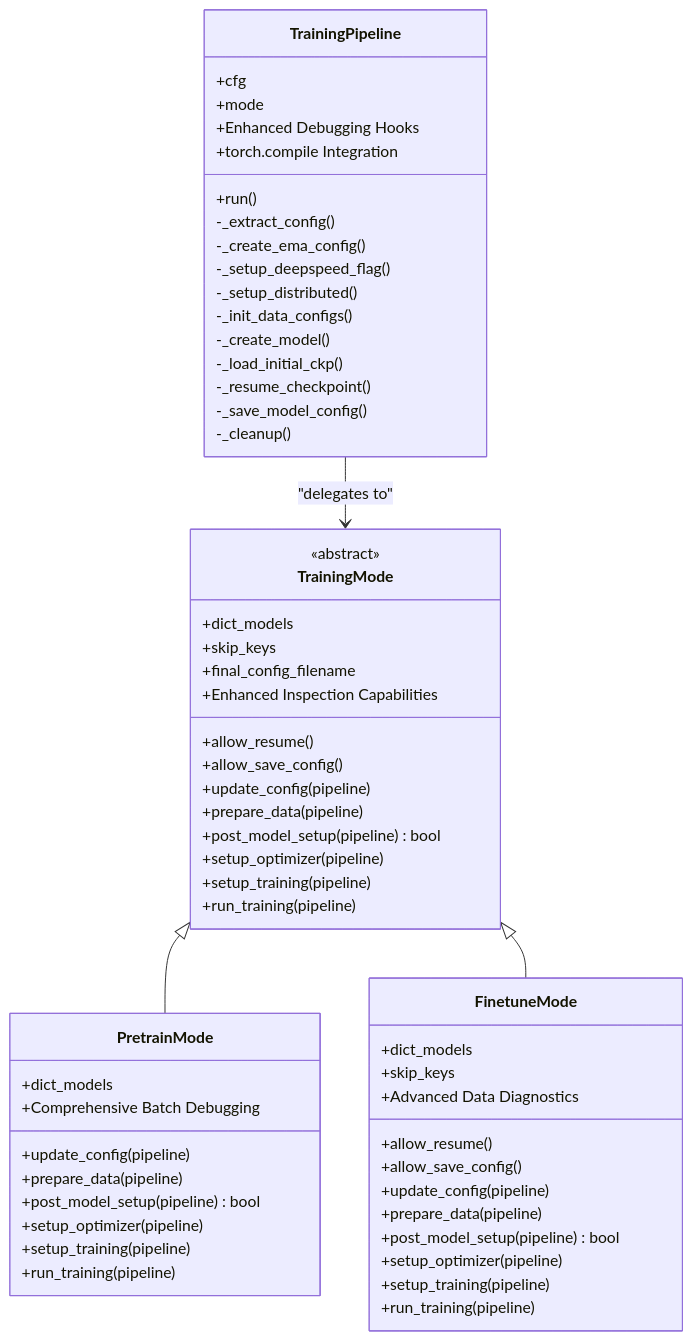
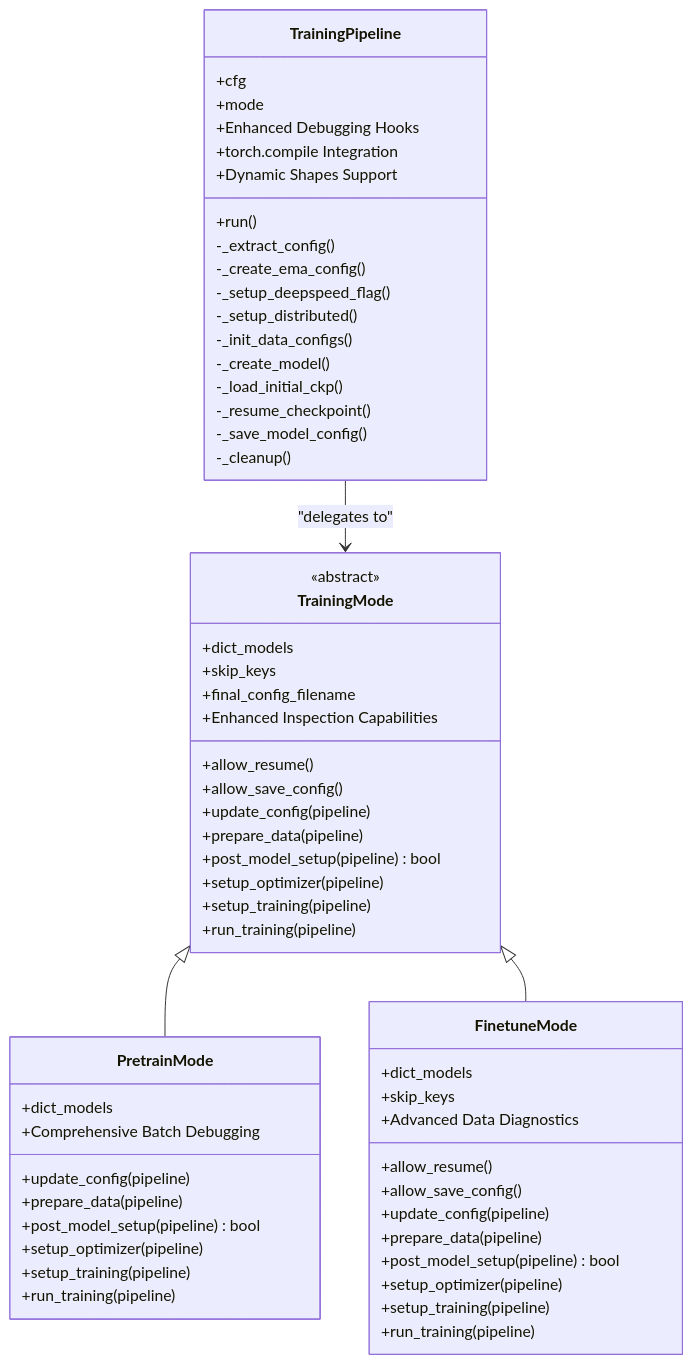
Before and after one commit to alibaba/graph-gpt: the third of 8 diagrams in .qoder/repowiki/en/content/Training Pipeline/Training Pipeline.md, drawn with Mermaid. The commit also changed other lines of this file and 7 other files, not shown here.

````diff
--- a/.qoder/repowiki/en/content/Training Pipeline/Training Pipeline.md
+++ b/.qoder/repowiki/en/content/Training Pipeline/Training Pipeline.md
@@ -219,61 +227,62 @@
 ```mermaid
 classDiagram
 class TrainingPipeline {
 +cfg
 +mode
 +run()
 -_extract_config()
 -_create_ema_config()
 -_setup_deepspeed_flag()
 -_setup_distributed()
 -_init_data_configs()
 -_create_model()
 -_load_initial_ckp()
 -_resume_checkpoint()
 -_save_model_config()
 -_cleanup()
 +Enhanced Debugging Hooks
 +torch.compile Integration
++Dynamic Shapes Support
 }
 class TrainingMode {
 <<abstract>>
 +dict_models
 +skip_keys
 +allow_resume()
 +allow_save_config()
 +final_config_filename
 +update_config(pipeline)
 +prepare_data(pipeline)
 +post_model_setup(pipeline) bool
 +setup_optimizer(pipeline)
 +setup_training(pipeline)
 +run_training(pipeline)
 +Enhanced Inspection Capabilities
 }
 class PretrainMode {
 +dict_models
 +update_config(pipeline)
 +prepare_data(pipeline)
 +post_model_setup(pipeline) bool
 +setup_optimizer(pipeline)
 +setup_training(pipeline)
 +run_training(pipeline)
 +Comprehensive Batch Debugging
 }
 class FinetuneMode {
 +dict_models
 +skip_keys
 +allow_resume()
 +allow_save_config()
 +update_config(pipeline)
 +prepare_data(pipeline)
 +post_model_setup(pipeline) bool
 +setup_optimizer(pipeline)
 +setup_training(pipeline)
 +run_training(pipeline)
 +Advanced Data Diagnostics
 }
 TrainingPipeline --> TrainingMode : "delegates to"
 TrainingMode <|-- PretrainMode
 TrainingMode <|-- FinetuneMode
 ```
````
